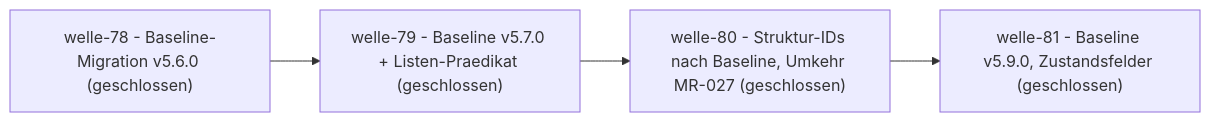
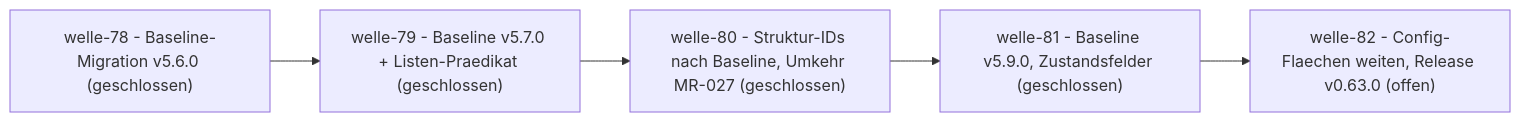
Before and after one commit to pt9912/d-check: the diagram in docs/plan/planning/in-progress/roadmap.md, drawn with Mermaid. The commit also changed other lines of this file and 5 other files, not shown here.

````diff
--- a/docs/plan/planning/in-progress/roadmap.md
+++ b/docs/plan/planning/in-progress/roadmap.md
@@ -70,10 +72,12 @@
 ```mermaid
 flowchart LR
     W78["welle-78 - Baseline-Migration v5.6.0 (geschlossen)"]
     W79["welle-79 - Baseline v5.7.0 + Listen-Praedikat (geschlossen)"]
     W78 --> W79
     W80["welle-80 - Struktur-IDs nach Baseline, Umkehr MR-027 (geschlossen)"]
     W79 --> W80
     W81["welle-81 - Baseline v5.9.0, Zustandsfelder (geschlossen)"]
+    W82["welle-82 - Config-Flaechen weiten, Release v0.63.0 (offen)"]
+    W81 --> W82
     W80 --> W81
 ```
````
